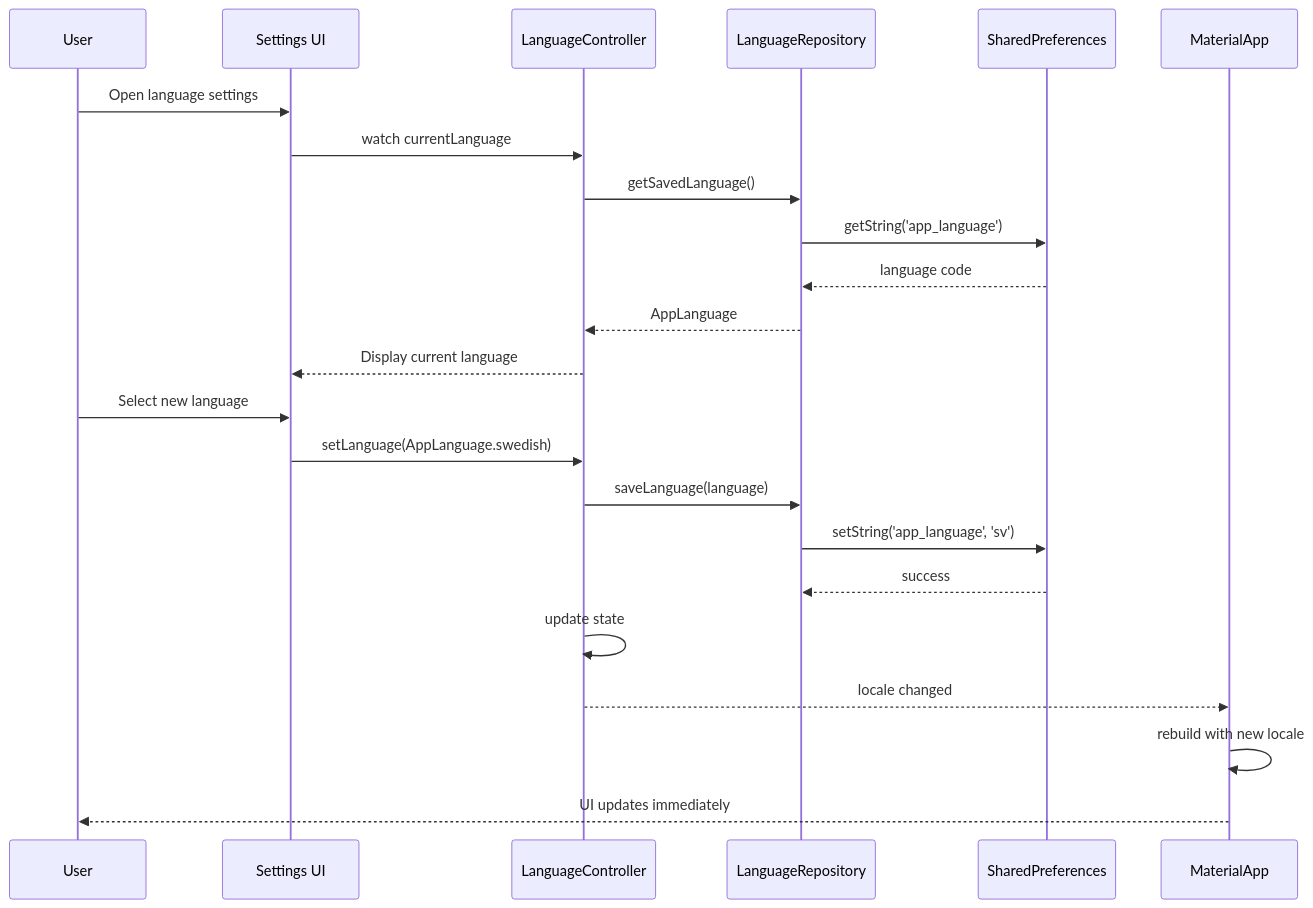
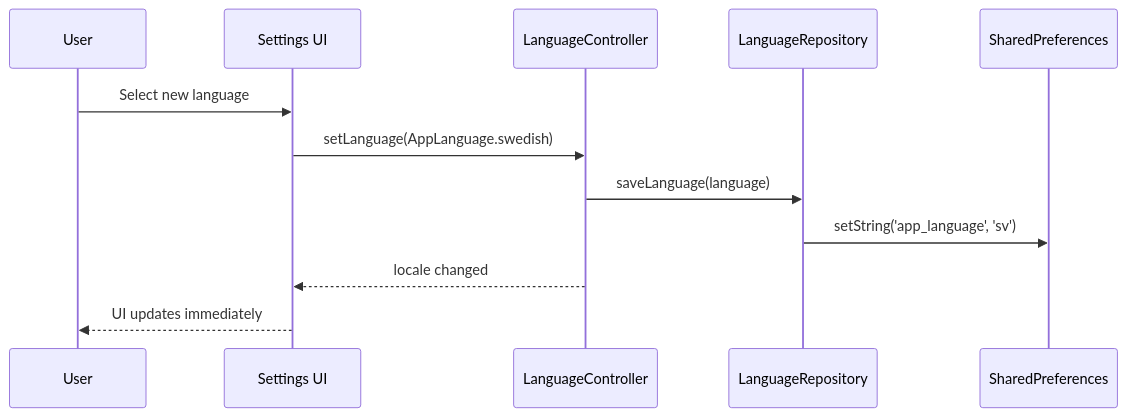
Before and after one commit to OscarAlmgren/clubland: the fourth of 4 diagrams in CLAUDE.md, drawn with Mermaid. The commit also changed other lines of this file, not shown here.

````diff
--- a/CLAUDE.md
+++ b/CLAUDE.md
@@ -527,27 +634,15 @@
 ```mermaid
 sequenceDiagram
     participant U as User
     participant UI as Settings UI
     participant LC as LanguageController
     participant LR as LanguageRepository
     participant SP as SharedPreferences
-    participant App as MaterialApp
-
-    U->>UI: Open language settings
-    UI->>LC: watch currentLanguage
-    LC->>LR: getSavedLanguage()
-    LR->>SP: getString('app_language')
-    SP-->>LR: language code
-    LR-->>LC: AppLanguage
-    LC-->>UI: Display current language
 
     U->>UI: Select new language
     UI->>LC: setLanguage(AppLanguage.swedish)
     LC->>LR: saveLanguage(language)
     LR->>SP: setString('app_language', 'sv')
-    SP-->>LR: success
-    LC->>LC: update state
-    LC-->>App: locale changed
-    App->>App: rebuild with new locale
-    App-->>U: UI updates immediately
+    LC-->>UI: locale changed
+    UI-->>U: UI updates immediately
 ```
````
